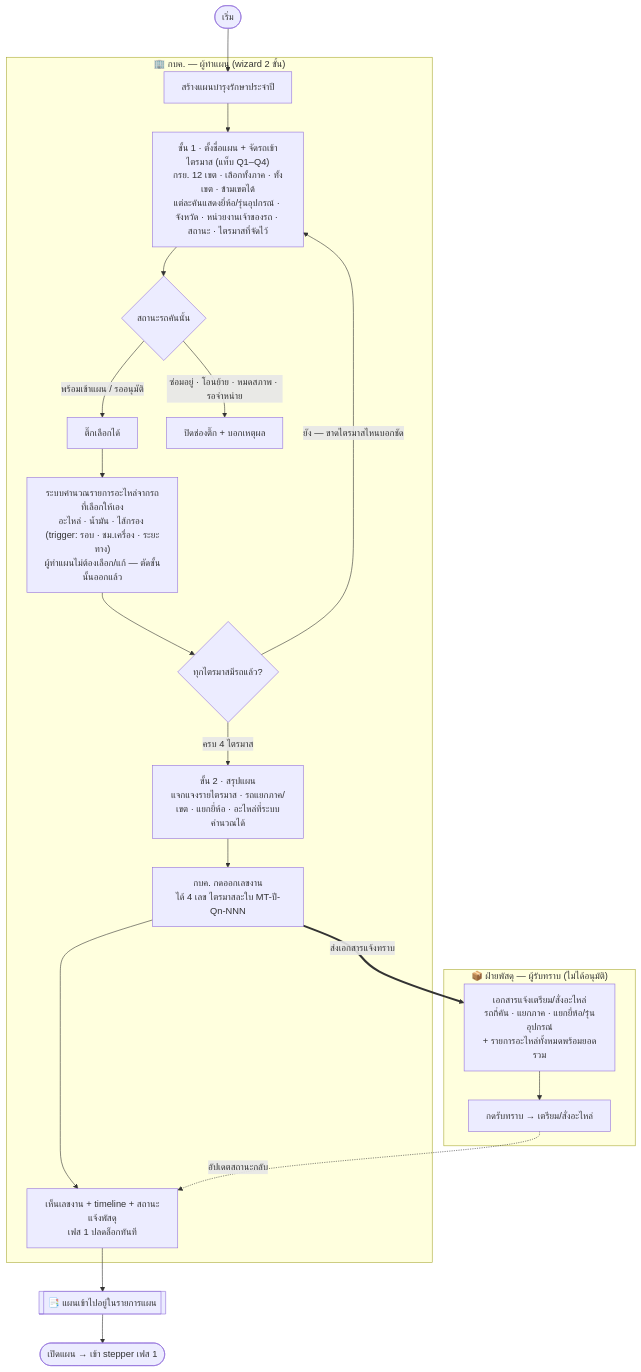
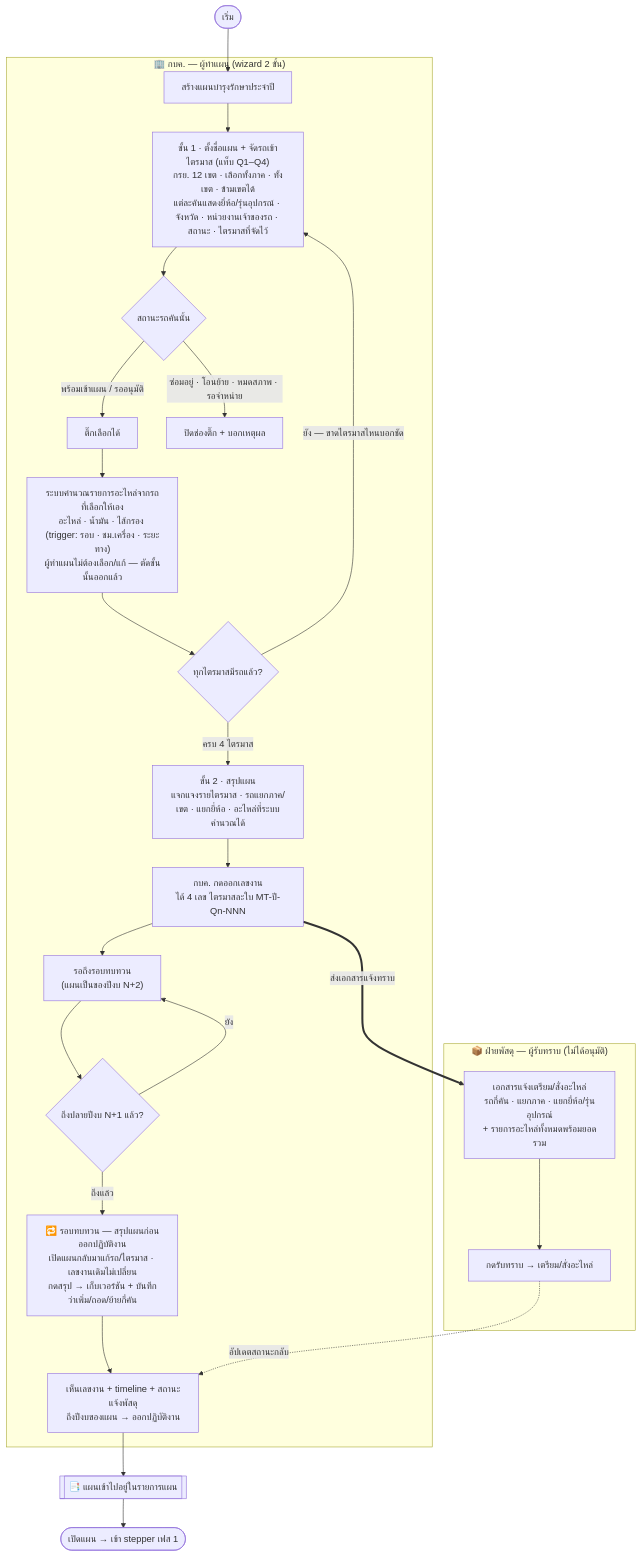
The diagram in Diagram/01-บำรุงรักษาตามวาระ/01-ออกเลขงาน.md (anugmail/Maintenance-Request-Form), drawn with Mermaid before and after one commit. The commit also changed other lines of this file and 15 other files, not shown here.

First line of the commit message:
feat(บำรุงรักษา): แผนล่วงหน้า 2 ปี + รอบทบทวน "สรุปแผนก่อนออกปฏิบัติงาน"

````diff
--- a/Diagram/01-บำรุงรักษาตามวาระ/01-ออกเลขงาน.md
+++ b/Diagram/01-บำรุงรักษาตามวาระ/01-ออกเลขงาน.md
@@ -19,30 +24,34 @@
 ```mermaid
 flowchart TB
     S([เริ่ม])
 
     subgraph KBK["🏢 กบค. — ผู้ทำแผน (wizard 2 ขั้น)"]
         A[สร้างแผนบำรุงรักษาประจำปี]
         A --> B["ขั้น 1 · ตั้งชื่อแผน + จัดรถเข้าไตรมาส (แท็บ Q1–Q4)<br/>กรย. 12 เขต · เลือกทั้งภาค · ทั้งเขต · ข้ามเขตได้<br/>แต่ละคันแสดงยี่ห้อ/รุ่นอุปกรณ์ · จังหวัด · หน่วยงานเจ้าของรถ · สถานะ · ไตรมาสที่จัดไว้"]
         B --> B2{"สถานะรถคันนั้น"}
         B2 -->|พร้อมเข้าแผน / รออนุมัติ| B3["ติ๊กเลือกได้"]
         B2 -->|ซ่อมอยู่ · โอนย้าย · หมดสภาพ · รอจำหน่าย| B4["ปิดช่องติ๊ก + บอกเหตุผล"]
         B3 --> C["ระบบคำนวณรายการอะไหล่จากรถที่เลือกให้เอง<br/>อะไหล่ · น้ำมัน · ไส้กรอง (trigger: รอบ · ชม.เครื่อง · ระยะทาง)<br/>ผู้ทำแผนไม่ต้องเลือก/แก้ — ตัดขั้นนั้นออกแล้ว"]
         C --> CQ{"ทุกไตรมาสมีรถแล้ว?"}
         CQ -->|"ยัง — ขาดไตรมาสไหนบอกชัด"| B
         CQ -->|ครบ 4 ไตรมาส| D["ขั้น 2 · สรุปแผน<br/>แจกแจงรายไตรมาส · รถแยกภาค/เขต · แยกยี่ห้อ · อะไหล่ที่ระบบคำนวณได้"]
         D --> E["กบค. กดออกเลขงาน<br/>ได้ 4 เลข ไตรมาสละใบ MT-ปี-Qn-NNN"]
-        E --> J[เห็นเลขงาน + timeline + สถานะแจ้งพัสดุ<br/>เฟส 1 ปลดล็อกทันที]
+        E --> W["รอถึงรอบทบทวน<br/>(แผนเป็นของปีงบ N+2)"]
+        W --> RV{"ถึงปลายปีงบ N+1 แล้ว?"}
+        RV -->|ยัง| W
+        RV -->|ถึงแล้ว| R1["🔁 รอบทบทวน — สรุปแผนก่อนออกปฏิบัติงาน<br/>เปิดแผนกลับมาแก้รถ/ไตรมาส · เลขงานเดิมไม่เปลี่ยน<br/>กดสรุป → เก็บเวอร์ชัน + บันทึกว่าเพิ่ม/ถอด/ย้ายกี่คัน"]
+        R1 --> J[เห็นเลขงาน + timeline + สถานะแจ้งพัสดุ<br/>ถึงปีงบของแผน → ออกปฏิบัติงาน]
     end
 
     subgraph PSD["📦 ฝ่ายพัสดุ — ผู้รับทราบ (ไม่ได้อนุมัติ)"]
         F["เอกสารแจ้งเตรียม/สั่งอะไหล่<br/>รถกี่คัน · แยกภาค · แยกยี่ห้อ/รุ่นอุปกรณ์<br/>+ รายการอะไหล่ทั้งหมดพร้อมยอดรวม"]
         G[กดรับทราบ → เตรียม/สั่งอะไหล่]
         F --> G
     end
 
     S --> A
     E ==>|ส่งเอกสารแจ้งทราบ| F
     G -. อัปเดตสถานะกลับ .-> J
     J --> L[["📑 แผนเข้าไปอยู่ในรายการแผน"]]
     L --> Z(["เปิดแผน → เข้า stepper เฟส 1"])
 ```
````
